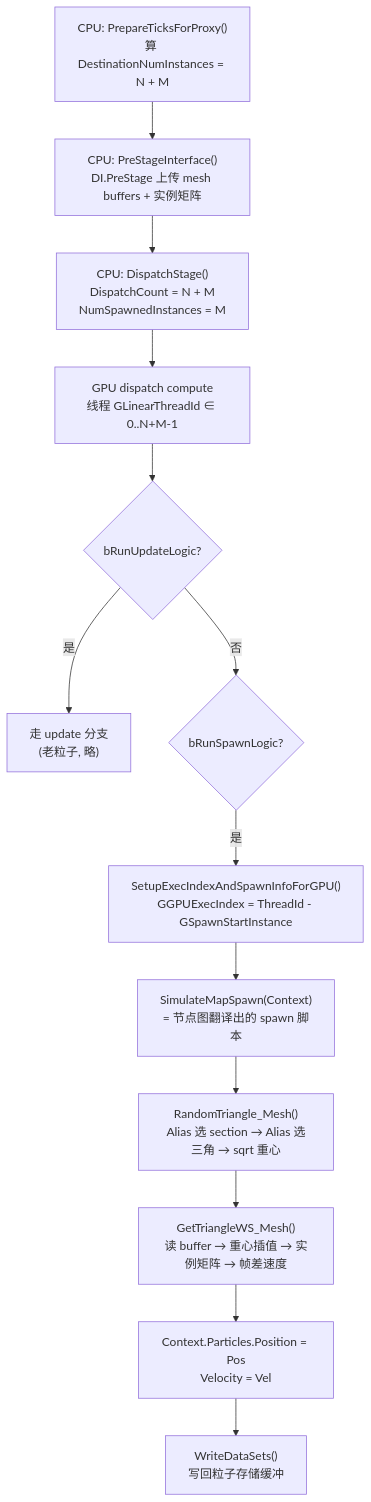
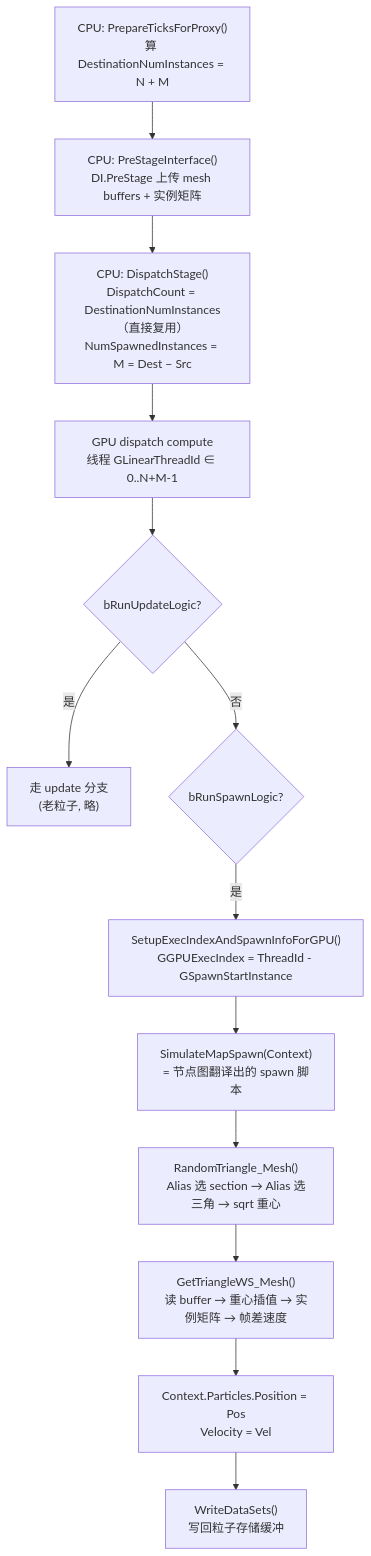
Before and after one commit to kctaig/ue: the fourth of 5 diagrams in docs/static_mesh_location_gpu_spawn_flow.md, drawn with Mermaid. The commit also changed other lines of this file and 4 other files, not shown here.

````diff
--- a/docs/static_mesh_location_gpu_spawn_flow.md
+++ b/docs/static_mesh_location_gpu_spawn_flow.md
@@ -230,15 +235,15 @@
 ```mermaid
 flowchart TD
     A["CPU: PrepareTicksForProxy()<br/>算 DestinationNumInstances = N + M"] --> B["CPU: PreStageInterface()<br/>DI.PreStage 上传 mesh buffers + 实例矩阵"]
-    B --> C["CPU: DispatchStage()<br/>DispatchCount = N + M<br/>NumSpawnedInstances = M"]
+    B --> C["CPU: DispatchStage()<br/>DispatchCount = DestinationNumInstances（直接复用）<br/>NumSpawnedInstances = M = Dest − Src"]
     C --> D["GPU dispatch compute<br/>线程 GLinearThreadId ∈ 0..N+M-1"]
     D --> E{"bRunUpdateLogic?"}
     E -- 是 --> F["走 update 分支<br/>(老粒子, 略)"]
     E -- 否 --> G{"bRunSpawnLogic?"}
     G -- 是 --> H["SetupExecIndexAndSpawnInfoForGPU()<br/>GGPUExecIndex = ThreadId - GSpawnStartInstance"]
     H --> I["SimulateMapSpawn(Context)<br/>= 节点图翻译出的 spawn 脚本"]
     I --> J["RandomTriangle_Mesh()<br/>Alias 选 section → Alias 选三角 → sqrt 重心"]
     J --> K["GetTriangleWS_Mesh()<br/>读 buffer → 重心插值 → 实例矩阵 → 帧差速度"]
     K --> L["Context.Particles.Position = Pos<br/>Velocity = Vel"]
     L --> M["WriteDataSets()<br/>写回粒子存储缓冲"]
 ```
````
